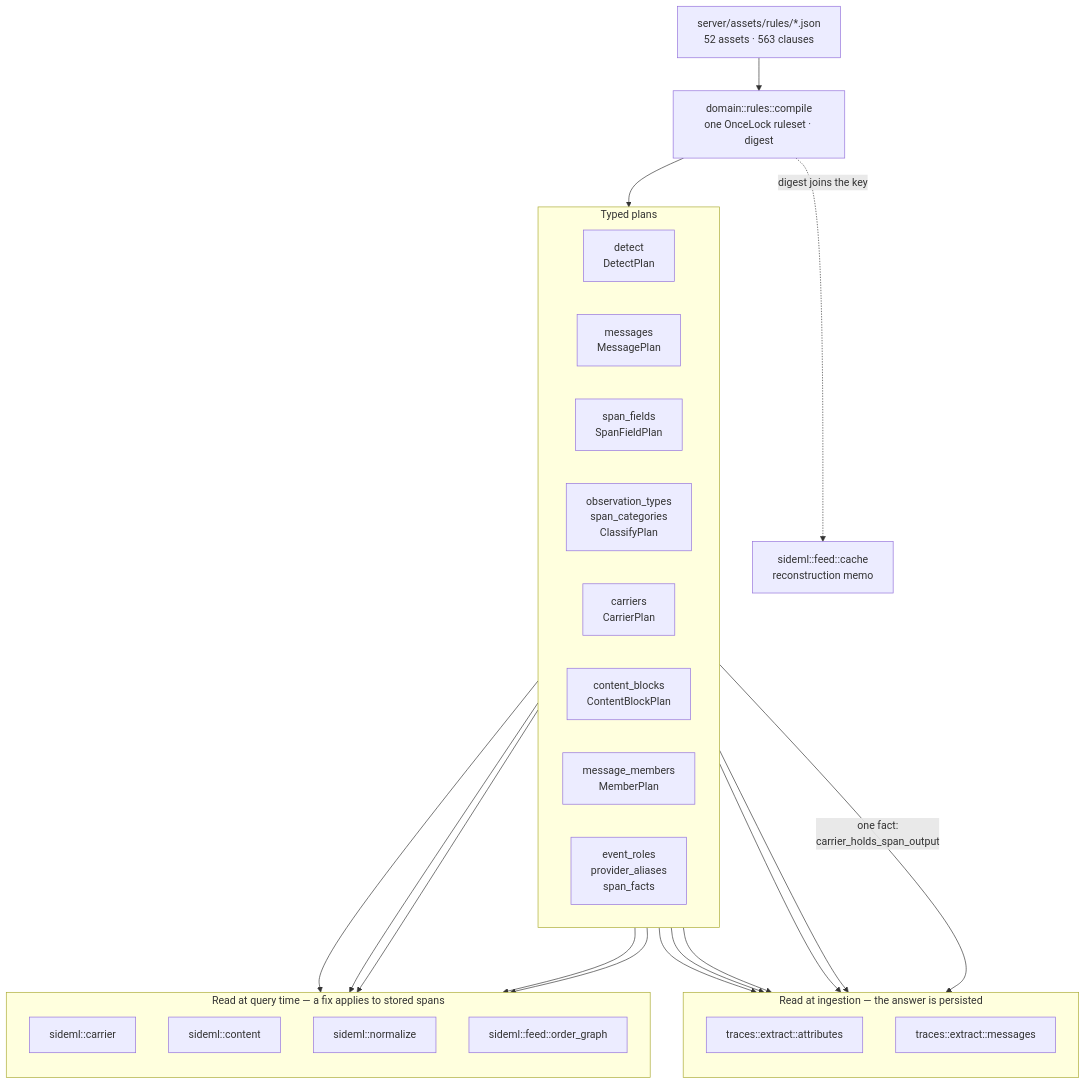
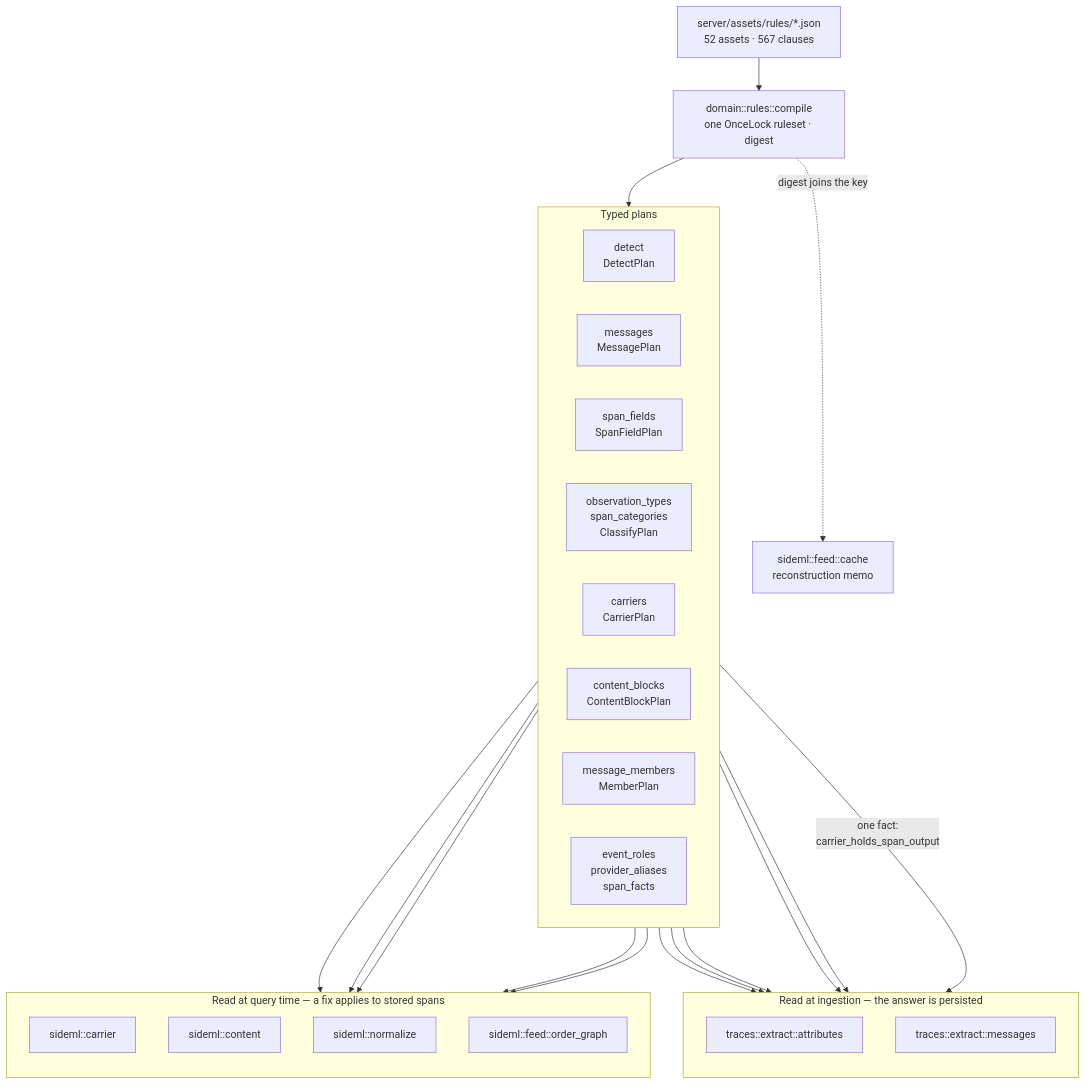
The first of 7 diagrams in docs/engineering/architecture-diagrams.md (sideseat/sideseat), drawn with Mermaid before and after one commit. The commit also changed 41 other files, not shown here.

````diff
--- a/docs/engineering/architecture-diagrams.md
+++ b/docs/engineering/architecture-diagrams.md
@@ -18,47 +18,47 @@
 ```mermaid
 flowchart TB
-    assets["server/assets/rules/*.json<br/>52 assets · 563 clauses"]
+    assets["server/assets/rules/*.json<br/>52 assets · 567 clauses"]
     compile["domain::rules::compile<br/>one OnceLock ruleset · digest"]
     assets --> compile
 
     subgraph plans["Typed plans"]
         direction LR
         detect["detect<br/>DetectPlan"]
         messages["messages<br/>MessagePlan"]
         fields["span_fields<br/>SpanFieldPlan"]
         classify["observation_types<br/>span_categories<br/>ClassifyPlan"]
         carriers["carriers<br/>CarrierPlan"]
         blocks["content_blocks<br/>ContentBlockPlan"]
         members["message_members<br/>MemberPlan"]
         roles["event_roles<br/>provider_aliases<br/>span_facts"]
     end
     compile --> plans
 
     subgraph ingest["Read at ingestion — the answer is persisted"]
         direction TB
         attrs["traces::extract::attributes"]
         msgs["traces::extract::messages"]
     end
 
     subgraph query["Read at query time — a fix applies to stored spans"]
         direction TB
         carrier["sideml::carrier"]
         content["sideml::content"]
         normalize["sideml::normalize"]
         order["sideml::feed::order_graph"]
     end
 
     detect --> attrs
     fields --> attrs
     classify --> attrs
     roles --> attrs
     messages --> msgs
     carriers -->|"one fact:<br/>carrier_holds_span_output"| msgs
     carriers --> carrier
     carriers --> order
     blocks --> content
     members --> content
     roles --> normalize
 
     compile -. "digest joins the key" .-> cache["sideml::feed::cache<br/>reconstruction memo"]
 ```
````
